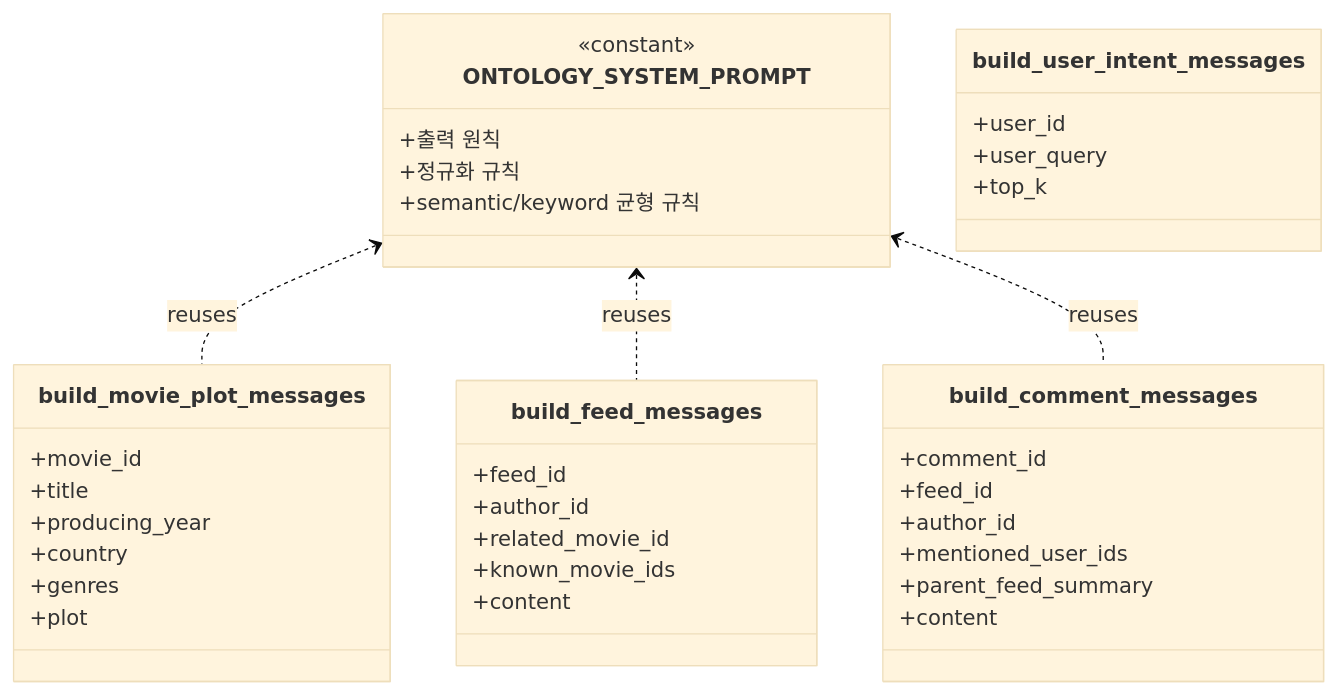
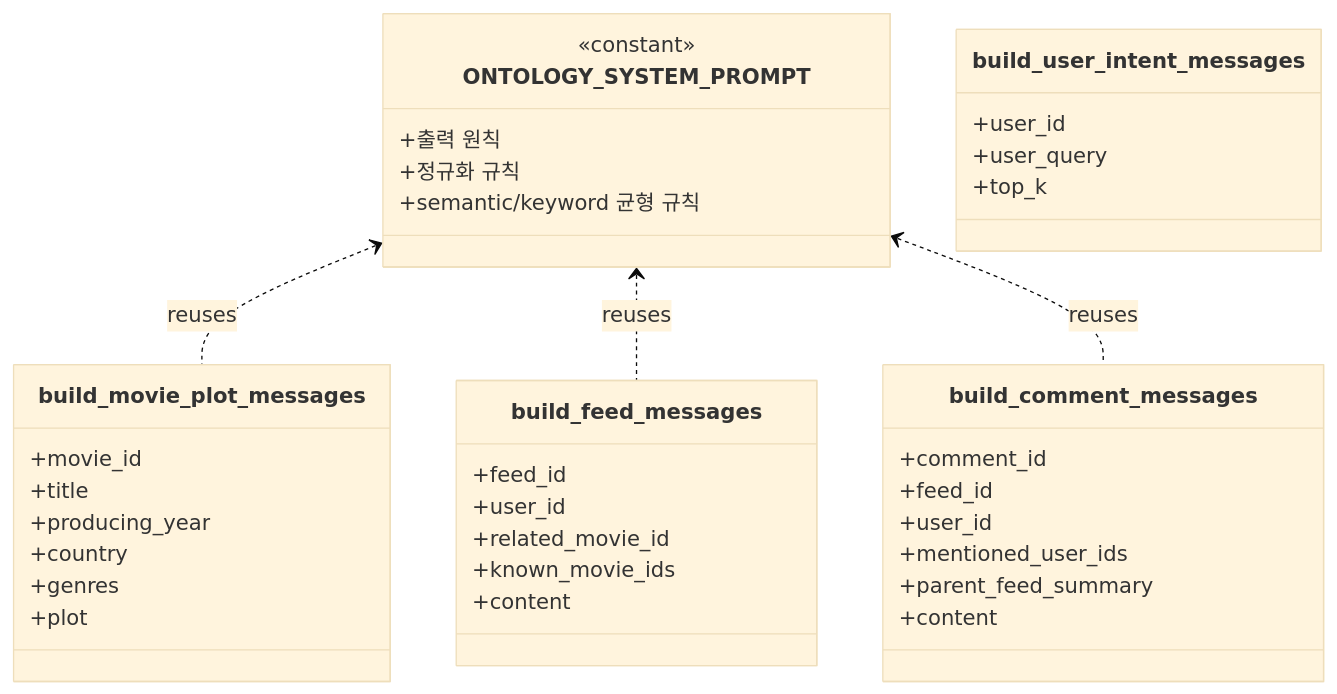
Before and after one commit to kakao4-KAKAMU/KAKAMU_DE: the second of 3 diagrams in docs/ontology.md, drawn with Mermaid (base theme). The commit also changed 12 other files, not shown here.

First line of the commit message:
refactor: rename author_id to user_id and scope chat by persona_id

````diff
--- a/docs/ontology.md
+++ b/docs/ontology.md
@@ -45,42 +45,42 @@
 ```mermaid
 classDiagram
     class ONTOLOGY_SYSTEM_PROMPT {
         <<constant>>
         +출력 원칙
         +정규화 규칙
         +semantic/keyword 균형 규칙
     }
 
     class build_movie_plot_messages {
         +movie_id
         +title
         +producing_year
         +country
         +genres
         +plot
     }
     class build_feed_messages {
         +feed_id
-        +author_id
+        +user_id
         +related_movie_id
         +known_movie_ids
         +content
     }
     class build_comment_messages {
         +comment_id
         +feed_id
-        +author_id
+        +user_id
         +mentioned_user_ids
         +parent_feed_summary
         +content
     }
     class build_user_intent_messages {
         +user_id
         +user_query
         +top_k
     }
 
     ONTOLOGY_SYSTEM_PROMPT <.. build_movie_plot_messages : reuses
     ONTOLOGY_SYSTEM_PROMPT <.. build_feed_messages       : reuses
     ONTOLOGY_SYSTEM_PROMPT <.. build_comment_messages    : reuses
 ```
````
